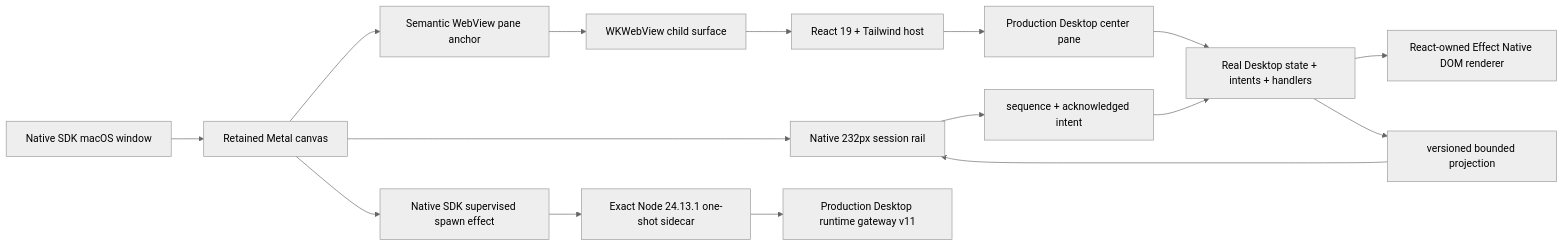
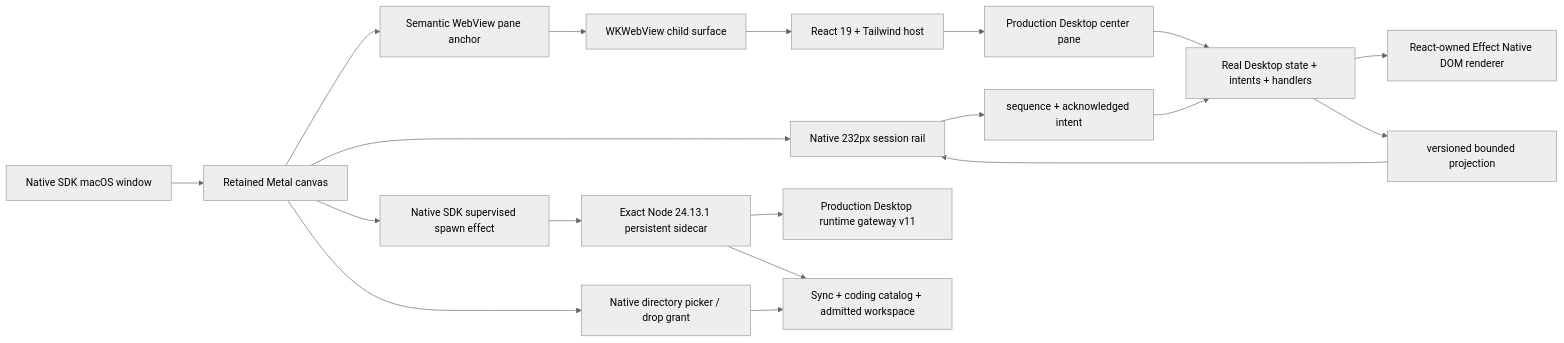
One commit to OpenAgentsInc/openagents changed the first of 2 diagrams in docs/sol/2026-07-14-vercel-native-sdk-effect-native-desktop-audit.md. Above: the diagram before and after it, drawn with Mermaid (neutral theme). The commit also changed other lines of this file and 18 other files, not shown here.

````diff
--- a/docs/sol/2026-07-14-vercel-native-sdk-effect-native-desktop-audit.md
+++ b/docs/sol/2026-07-14-vercel-native-sdk-effect-native-desktop-audit.md
@@ -85,18 +85,21 @@
 ```mermaid
 flowchart LR
   NS["Native SDK macOS window"] --> Canvas["Retained Metal canvas"]
   Canvas --> Chrome["Native 232px session rail"]
   Canvas --> Anchor["Semantic WebView pane anchor"]
   Anchor --> WV["WKWebView child surface"]
   WV --> React["React 19 + Tailwind host"]
   React --> EN["Production Desktop center pane"]
   EN --> Program["Real Desktop state + intents + handlers"]
   Program --> DOM["React-owned Effect Native DOM renderer"]
   Canvas --> FX["Native SDK supervised spawn effect"]
-  FX --> Node["Exact Node 24.13.1 one-shot sidecar"]
+  FX --> Node["Exact Node 24.13.1 persistent sidecar"]
   Node --> Gateway["Production Desktop runtime gateway v11"]
+  Node --> Catalog["Sync + coding catalog + admitted workspace"]
+  Canvas --> Grant["Native directory picker / drop grant"]
+  Grant --> Catalog
   Chrome --> Pull["sequence + acknowledged intent"]
   Pull --> Program
   Program --> Projection["versioned bounded projection"]
   Projection --> Chrome
 ```
````
